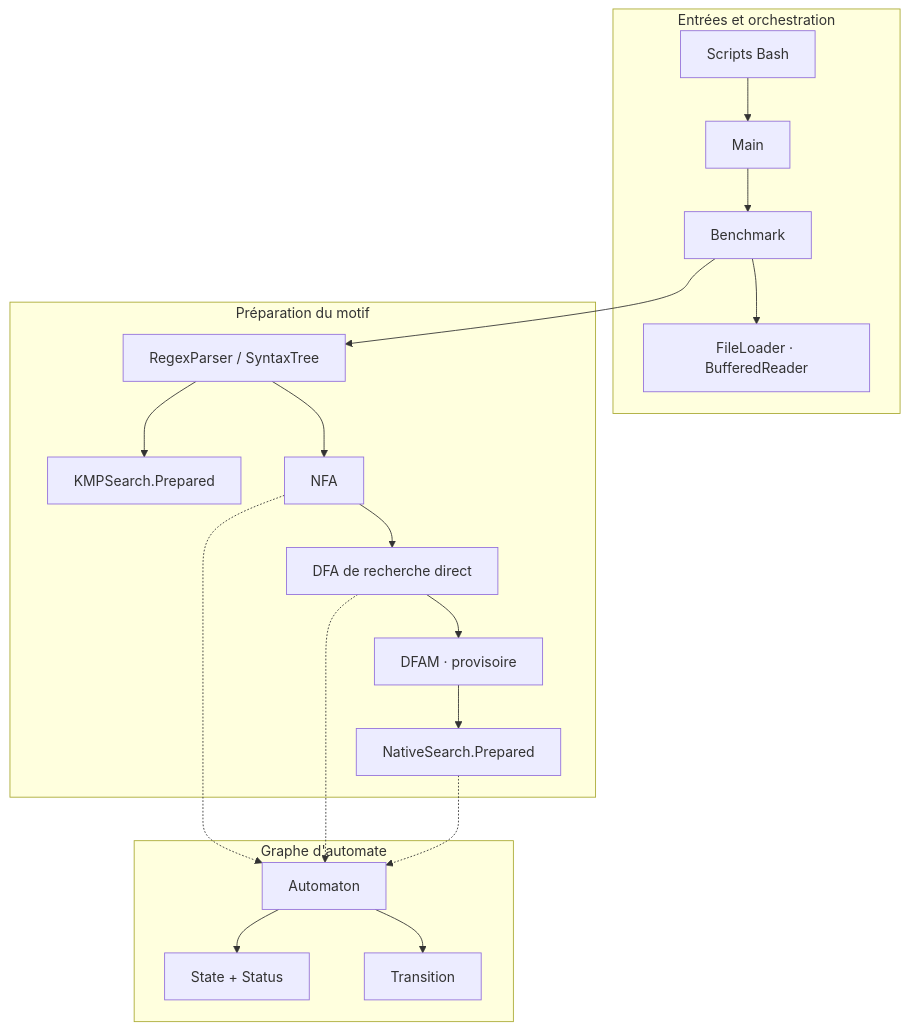
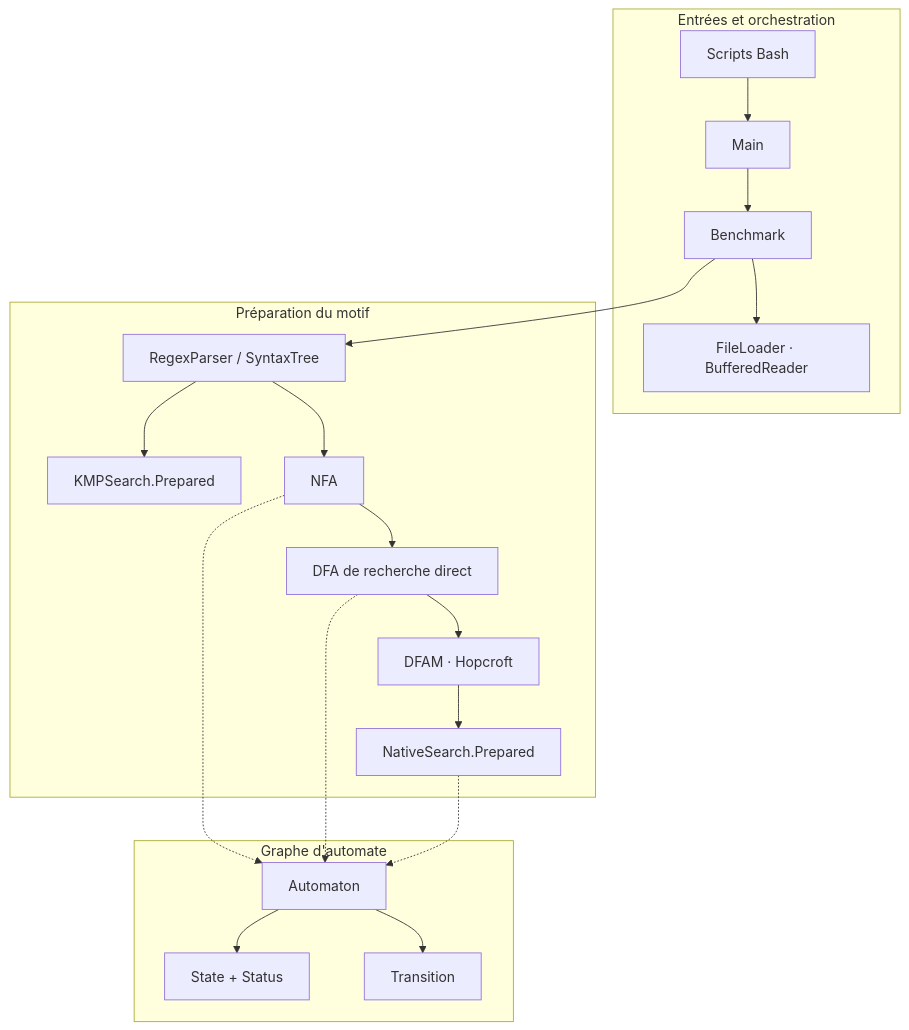
The diagram in docs/02-conception.md (YahyaMudallal/regex-search), drawn with Mermaid before and after one commit. The commit also changed other lines of this file and 17 other files, not shown here.

````diff
--- a/docs/02-conception.md
+++ b/docs/02-conception.md
@@ -63,23 +63,23 @@
 ```mermaid
 flowchart TB
     subgraph Entrées["Entrées et orchestration"]
         SH["Scripts Bash"] --> MAIN["Main"]
         MAIN --> BENCH["Benchmark"]
         BENCH --> IO["FileLoader · BufferedReader"]
     end
     subgraph Motif["Préparation du motif"]
         BENCH --> PARSE["RegexParser / SyntaxTree"]
         PARSE --> KMP["KMPSearch.Prepared"]
         PARSE --> NFA["NFA"]
         NFA --> DFA["DFA de recherche direct"]
-        DFA --> DFAM["DFAM · provisoire"]
+        DFA --> DFAM["DFAM · Hopcroft"]
         DFAM --> SEARCH["NativeSearch.Prepared"]
     end
     subgraph Modèle["Graphe d'automate"]
         A["Automaton"] --> S["State + Status"]
         A --> T["Transition"]
     end
     NFA -.-> A
     DFA -.-> A
     SEARCH -.-> A
 ```
````
